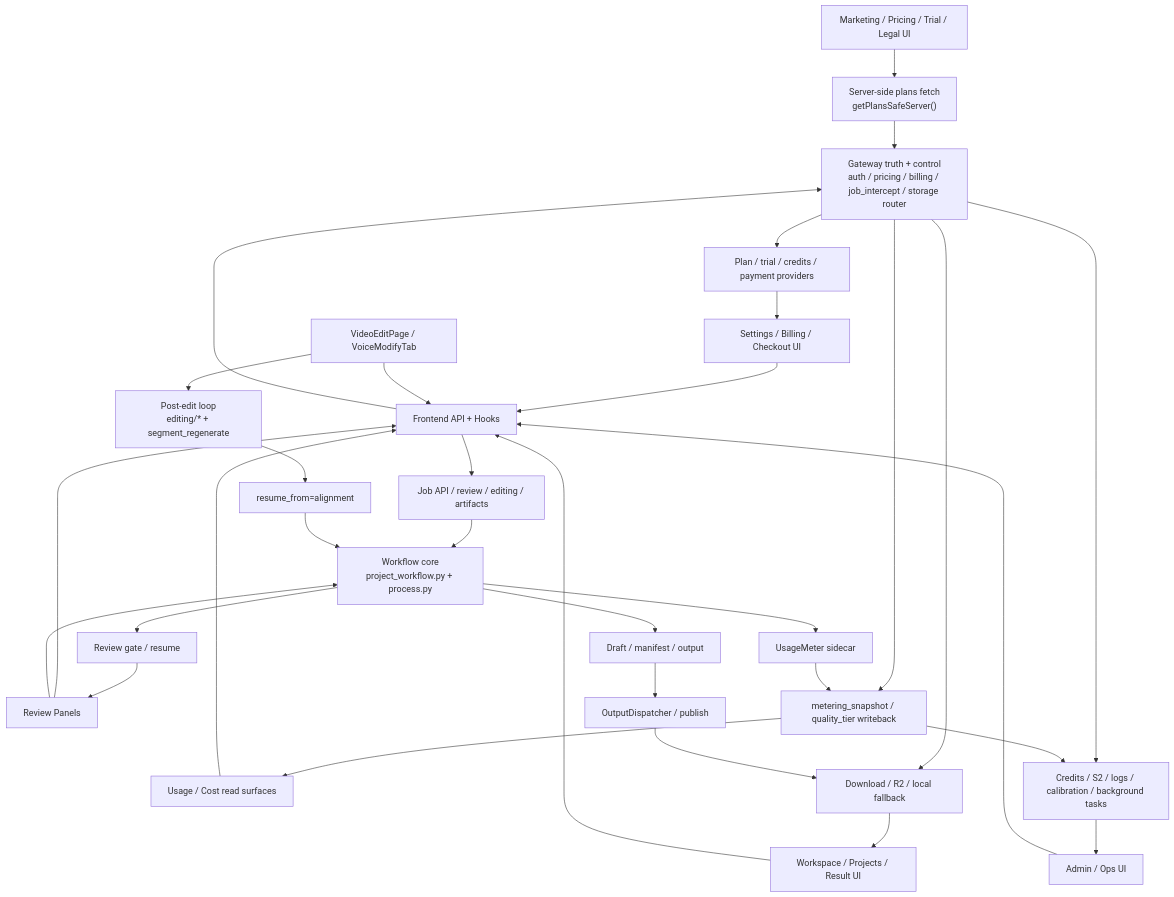
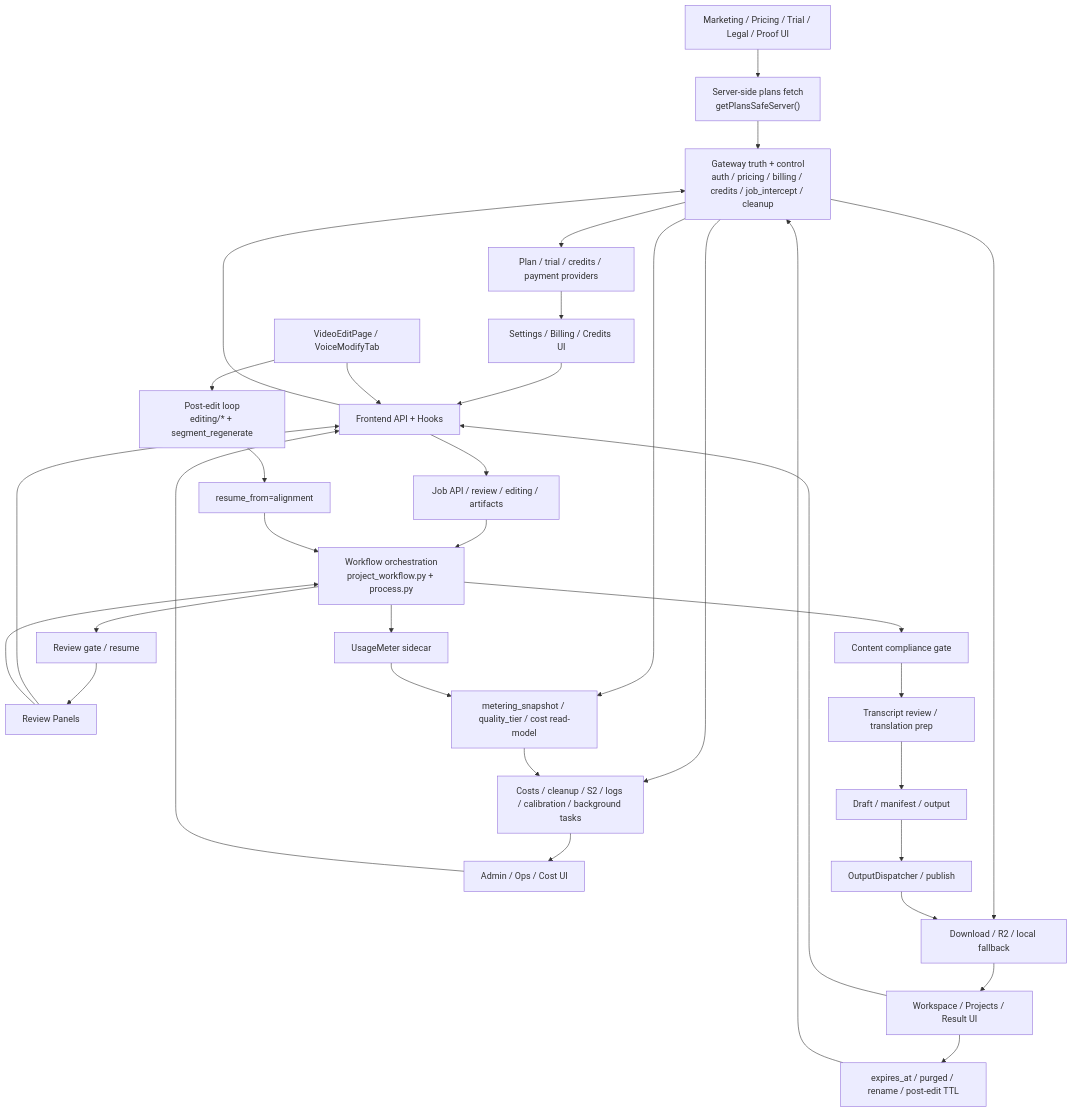
One commit to sun9bear/AITransVideo changed the diagram in docs/graphs/GITNEXUS_PROJECT_GRAPH.md. Above: the diagram before and after it, drawn with Mermaid. The commit also changed other lines of this file and 6 other files, not shown here.

Commit message:
docs(graphs): refresh GitNexus graphs to 1934901

````diff
--- a/docs/graphs/GITNEXUS_PROJECT_GRAPH.md
+++ b/docs/graphs/GITNEXUS_PROJECT_GRAPH.md
@@ -67,40 +65,45 @@
 ```mermaid
 graph TD
-    Marketing["Marketing / Pricing / Trial / Legal UI"] --> SSRPlans["Server-side plans fetch<br/>getPlansSafeServer()"]
-    BillingUI["Settings / Billing / Checkout UI"] --> FrontApi
+    Marketing["Marketing / Pricing / Trial / Legal / Proof UI"] --> SSRPlans["Server-side plans fetch<br/>getPlansSafeServer()"]
+    BillingUI["Settings / Billing / Credits UI"] --> FrontApi
     Workspace["Workspace / Projects / Result UI"] --> FrontApi
     ReviewUI["Review Panels"] --> FrontApi
     EditUI["VideoEditPage / VoiceModifyTab"] --> FrontApi
-    AdminUI["Admin / Ops UI"] --> FrontApi
-    UsageUI["Usage / Cost read surfaces"] --> FrontApi
+    AdminUI["Admin / Ops / Cost UI"] --> FrontApi
 
     SSRPlans --> Gateway
     FrontApi["Frontend API + Hooks"] --> Gateway
     FrontApi --> JobApi
 
-    Gateway["Gateway truth + control<br/>auth / pricing / billing / job_intercept / storage router"] --> Billing
+    Gateway["Gateway truth + control<br/>auth / pricing / billing / credits / job_intercept / cleanup"] --> Billing
     Gateway --> Ops
     Gateway --> Storage
-    Gateway --> Metering["metering_snapshot / quality_tier writeback"]
+    Gateway --> Metering["metering_snapshot / quality_tier / cost read-model"]
 
     JobApi["Job API / review / editing / artifacts"] --> Workflow
-    Workflow["Workflow core<br/>project_workflow.py + process.py"] --> Draft
+    Workflow["Workflow orchestration<br/>project_workflow.py + process.py"] --> Compliance["Content compliance gate"]
+    Compliance --> ReviewPrep["Transcript review / translation prep"]
+    ReviewPrep --> Draft["Draft / manifest / output"]
     Workflow --> ReviewState["Review gate / resume"]
     Workflow --> UsageMeter["UsageMeter sidecar"]
+
+    Billing["Plan / trial / credits / payment providers"] --> BillingUI
+    Ops["Costs / cleanup / S2 / logs / calibration / background tasks"] --> AdminUI
+
     ReviewState --> ReviewUI
     ReviewUI --> Workflow
 
-    Draft["Draft / manifest / output"] --> Publish["OutputDispatcher / publish"]
+    Draft --> Publish["OutputDispatcher / publish"]
     Publish --> Storage["Download / R2 / local fallback"]
     Storage --> Workspace
+
+    Workspace --> Retention["expires_at / purged / rename / post-edit TTL"]
+    Retention --> Gateway
 
     EditUI --> PostEdit["Post-edit loop<br/>editing/* + segment_regenerate"]
     PostEdit --> Resume["resume_from=alignment"]
     Resume --> Workflow
 
-    Billing["Plan / trial / credits / payment providers"] --> BillingUI
-    Ops["Credits / S2 / logs / calibration / background tasks"] --> AdminUI
     UsageMeter --> Metering
     Metering --> Ops
-    Metering --> UsageUI
 ```
````
